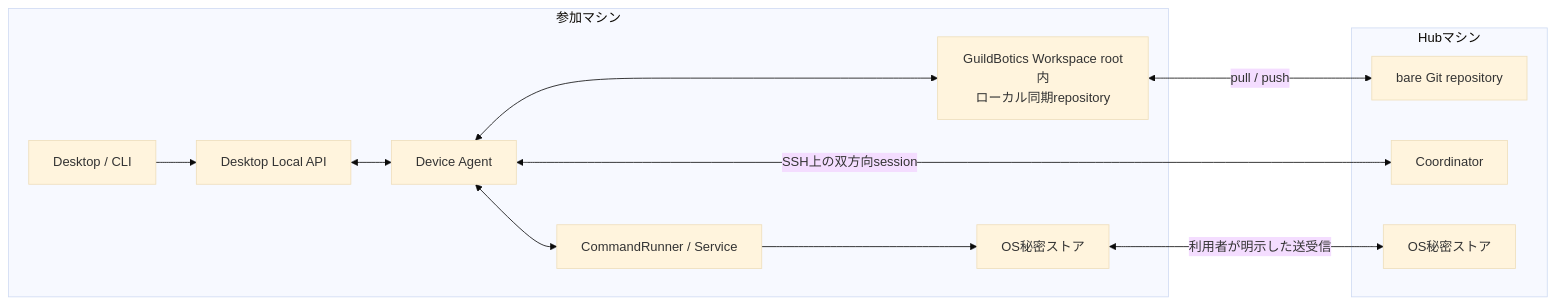
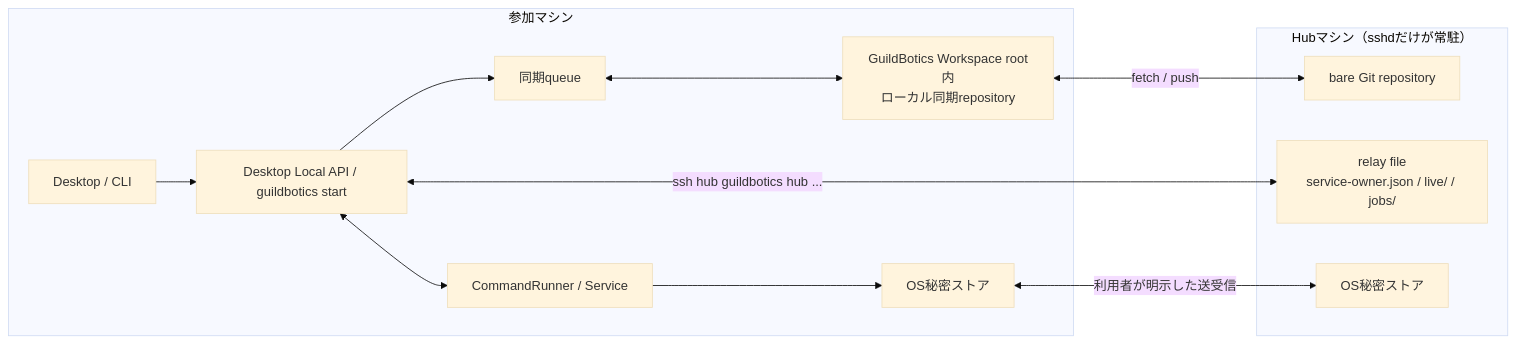
The second of 9 diagrams in docs/plans/workspace_sync_plan-v3.md (GuildBotics/GuildBotics), drawn with Mermaid (base theme) before and after one commit. The commit also changed other lines of this file and 71 other files, not shown here.

First line of the commit message:
Hub relay と常駐なし同期を完成させる（#418）

````diff
--- a/docs/plans/workspace_sync_plan-v3.md
+++ b/docs/plans/workspace_sync_plan-v3.md
@@ -194,27 +203,27 @@
 ```mermaid
 flowchart LR
     subgraph device["参加マシン"]
         ui["Desktop / CLI"]
-        api["Desktop Local API"]
-        agent["Device Agent"]
+        api["Desktop Local API / guildbotics start"]
+        queue["同期queue"]
         local_repo["GuildBotics Workspace root内<br/>ローカル同期repository"]
         runner["CommandRunner / Service"]
         secret["OS秘密ストア"]
 
         ui --> api
-        api <--> agent
-        agent <--> local_repo
-        agent <--> runner
+        api --> queue
+        queue <--> local_repo
+        api <--> runner
         runner --> secret
     end
 
-    subgraph hub["Hubマシン"]
+    subgraph hub["Hubマシン（sshdだけが常駐）"]
         bare["bare Git repository"]
-        coordinator["Coordinator"]
+        relay["relay file<br/>service-owner.json / live/ / jobs/"]
         hub_secret["OS秘密ストア"]
     end
 
-    local_repo <-->|"pull / push"| bare
-    agent <-->|"SSH上の双方向session"| coordinator
+    local_repo <-->|"fetch / push"| bare
+    api <-->|"ssh hub guildbotics hub ..."| relay
     secret <-->|"利用者が明示した送受信"| hub_secret
 ```
````
